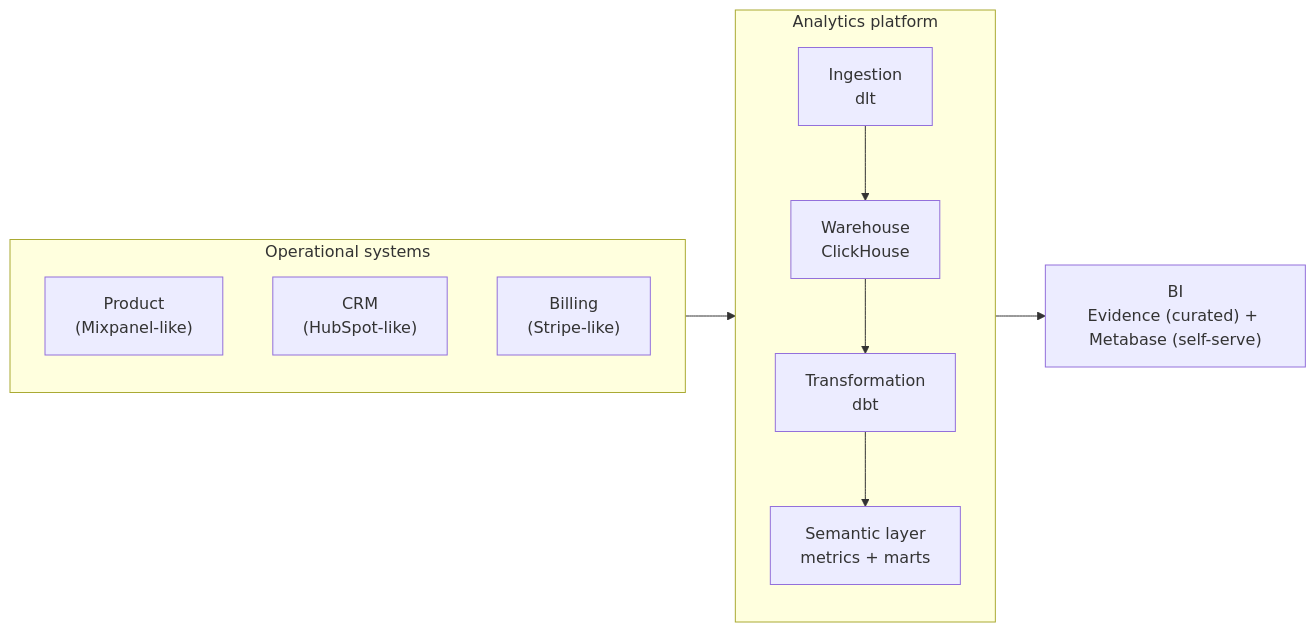
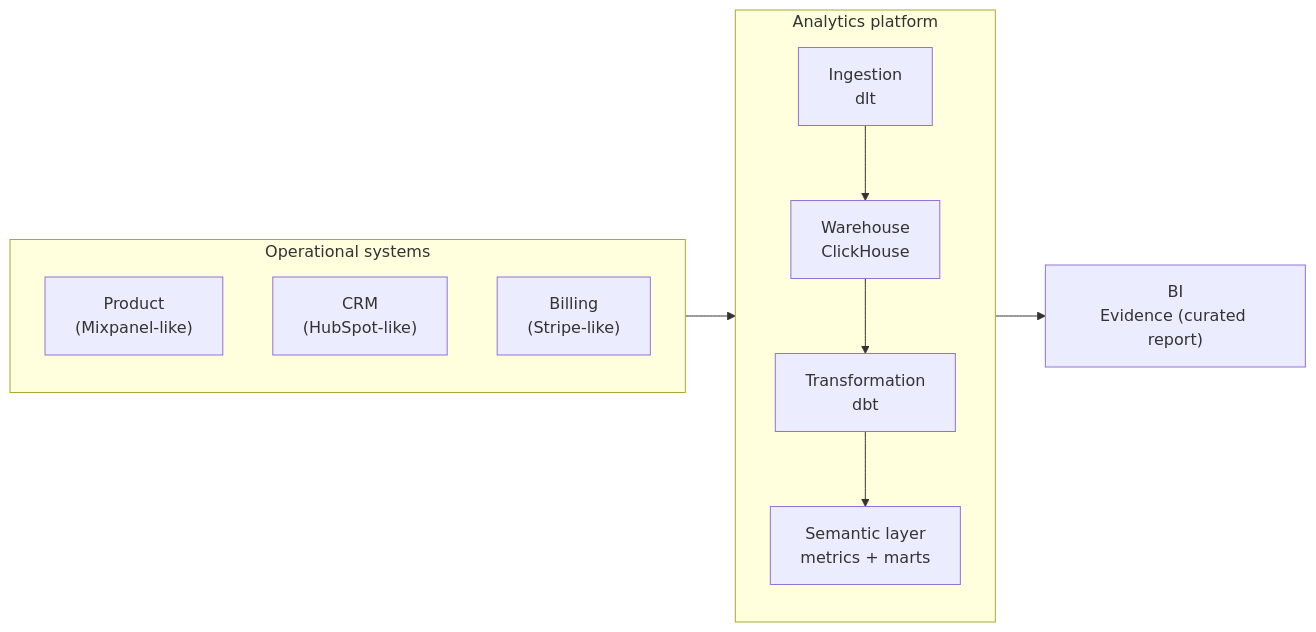
Before and after one commit to juandelmonte/Product-Analytics: the diagram in README.md, drawn with Mermaid. The commit also changed other lines of this file and 5 other files, not shown here.

````diff
--- a/README.md
+++ b/README.md
@@ -37,18 +37,18 @@
 ```mermaid
 flowchart LR
     subgraph Ops["Operational systems"]
         Prod["Product<br/>(Mixpanel-like)"]
         CRM["CRM<br/>(HubSpot-like)"]
         Bill["Billing<br/>(Stripe-like)"]
     end
 
     subgraph Platform["Analytics platform"]
         direction TB
         Ing["Ingestion<br/>dlt"] --> WH["Warehouse<br/>ClickHouse"]
         WH --> Tra["Transformation<br/>dbt"]
         Tra --> Sem["Semantic layer<br/>metrics + marts"]
     end
 
     Ops --> Ing
-    Sem --> BI["BI<br/>Evidence (curated) + Metabase (self-serve)"]
+    Sem --> BI["BI<br/>Evidence (curated report)"]
 ```
````
